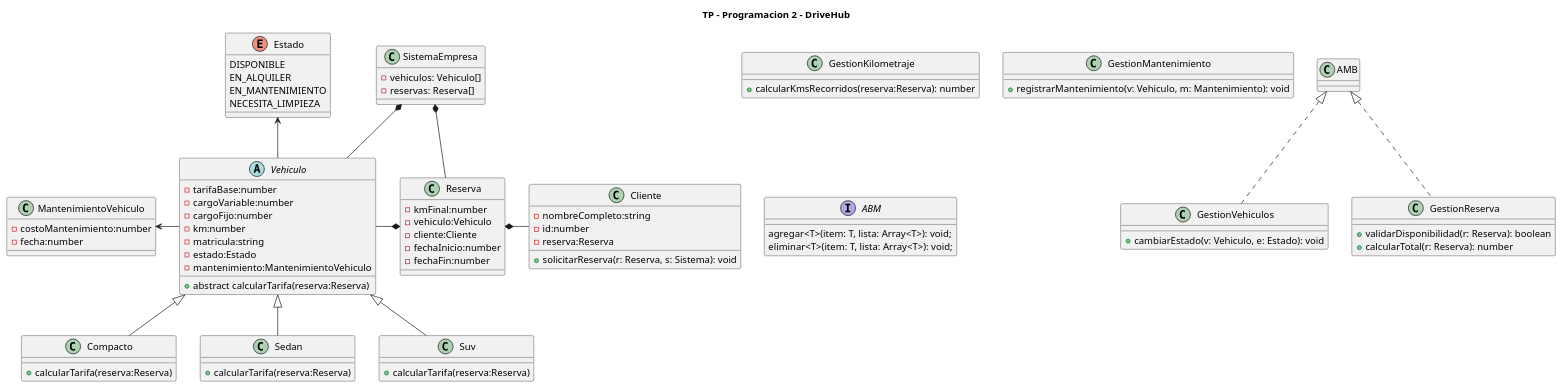
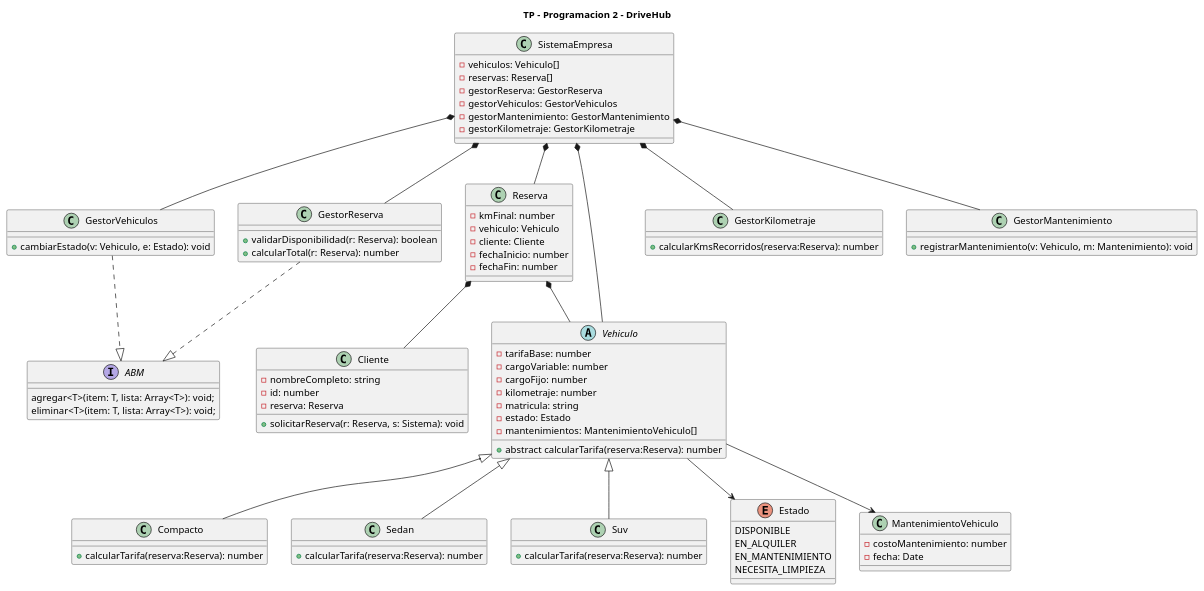
Before and after one commit to LauEroles/TP-Progra2-DriveHub: the diagram in Diagramas/diagramaClases-DriveHub.puml, drawn with PlantUML. The commit also changed 1 other file, not shown here.

Commit message:
refactor diagrama

```diff
--- a/Diagramas/diagramaClases-DriveHub.puml
+++ b/Diagramas/diagramaClases-DriveHub.puml
@@ -1,137 +1,143 @@
 @startuml DriveHub
 
 title TP - Programacion 2 - DriveHub
 
 
 class SistemaEmpresa {
     - vehiculos: Vehiculo[]
     - reservas: Reserva[]
+    - gestorReserva: GestorReserva
+    - gestorVehiculos: GestorVehiculos
+    - gestorMantenimiento: GestorMantenimiento
+    - gestorKilometraje: GestorKilometraje
 }
 
 class Reserva {
-    - kmFinal:number
-    - vehiculo:Vehiculo
-    - cliente:Cliente
-    - fechaInicio:number
-    - fechaFin:number
+    - kmFinal: number
+    - vehiculo: Vehiculo
+    - cliente: Cliente
+    - fechaInicio: number
+    - fechaFin: number
 }
 
 class Cliente {
-    - nombreCompleto:string
-    - id:number
+    - nombreCompleto: string
+    - id: number
     'El cliente puede instanciarse sin reserva por parametro, 
     'podemos setearla luego cuando se le asigna la reserva
-    - reserva:Reserva
+    - reserva: Reserva
     + solicitarReserva(r: Reserva, s: Sistema): void  
 
 }
 
 'Herencia Vehiculo a sus clases hijas
 abstract class Vehiculo {
-    - tarifaBase:number
+    - tarifaBase: number
     'Podria haber una clase cargo que nos permita manejar de manera
     'abstracta los cargos y luego en vehiculo tener una lista de cargos
     'que pueden ser variables o fijos y el dia de mañana 
     'para flexibilizar mas la solucion si se agregan nuevos vehiculos??
-    - cargoVariable:number
-    - cargoFijo:number
-    - km:number
-    - matricula:string
-    - estado:Estado
-    - mantenimiento:MantenimientoVehiculo
-    + abstract calcularTarifa(reserva:Reserva)
-
+    - cargoVariable: number
+    - cargoFijo: number
+    - kilometraje: number
+    - matricula: string
+    - estado: Estado
+    - mantenimientos: MantenimientoVehiculo[]
+    + abstract calcularTarifa(reserva:Reserva): number
 }
 
 class Compacto {
-    + calcularTarifa(reserva:Reserva)
-
+    + calcularTarifa(reserva:Reserva): number
 }
 
 class Sedan {
-    + calcularTarifa(reserva:Reserva)
+    + calcularTarifa(reserva:Reserva): number
 }
 
 class Suv {
-    + calcularTarifa(reserva:Reserva)
+    + calcularTarifa(reserva:Reserva): number
 }
 
 'Atributo de vehiculo
 enum Estado {
     DISPONIBLE
     EN_ALQUILER
     EN_MANTENIMIENTO
     NECESITA_LIMPIEZA
 }
 
 'Atributo del vehiculo
 class MantenimientoVehiculo {
-    - costoMantenimiento:number
+    - costoMantenimiento: number
     'usar libreria moment (refactor)
-    - fecha:number
+    - fecha: Date
 }
 
 
-class GestionVehiculos {
+class GestorVehiculos {
     + cambiarEstado(v: Vehiculo, e: Estado): void  
     ' Le cambia el Estado (enum) a un vehiculo (a traves de su setter)
 }
 
 
-class GestionReserva {
+class GestorReserva {
     + validarDisponibilidad(r: Reserva): boolean  
     ' Valida la disponibilidad del vehículo para las fechas solicitadas
     + calcularTotal(r: Reserva): number  
     ' Podriamos calcular el total usando calcularCostoVariable() del vehiculo y sumar la tarifa base 
     ' (y costo fijo) aca, para que el vehiculo solo calcule su costo variable y no el total de la reserva
 }
 
 
-
-class GestionKilometraje {
+class GestorKilometraje {
     + calcularKmsRecorridos(reserva:Reserva): number  
     ' Calcula los kms recorridos en una reserva (kmFinal - kmInicial)
     ' Esto lo sacaría tal vez y haría que Reserva tenga un método kmsRecorridos() que los calcule
     ' ya que ella misma posee kmInicial y kmFinal (seteado despues), y que calcularTotal() en GestionReserva llame a ese método
 }
 
 
-class GestionMantenimiento {
+class GestorMantenimiento {
     + registrarMantenimiento(v: Vehiculo, m: Mantenimiento): void  
     ' Si mas adelante nos solicita podemos ver si el auto requiere o no mantenimiento
     ' Le agrega un mantenimiento a un vehiculo
     ' Vehiculo podría tener un array de mantenimentos (tipo Mantenimiento) para tener registrados todos los que se le hacen
     ' Objeto mantenimento tiene fecha y costo (simil estructura de datos)
 }
 
 interface ABM {
     agregar<T>(item: T, lista: Array<T>): void;
     eliminar<T>(item: T, lista: Array<T>): void;
 }
 
 
 
 'Relaciones:
 
 'Herencia
 Vehiculo<|--Sedan
 Vehiculo<|--Suv
 Vehiculo<|--Compacto
 
 'Atributos de vehiculo
-Vehiculo-l->MantenimientoVehiculo
-Vehiculo-u->Estado
+Vehiculo --> MantenimientoVehiculo
+Vehiculo --> Estado
 
 'Composición
-Reserva*-r- Cliente
-Reserva*-l- Vehiculo
-SistemaEmpresa*-- Vehiculo
-SistemaEmpresa*-- Reserva
+Reserva *-- Cliente
+Reserva *-- Vehiculo
+SistemaEmpresa *-- Vehiculo
+SistemaEmpresa *-- Reserva
+
+SistemaEmpresa *-- GestorReserva
+SistemaEmpresa *-- GestorKilometraje
+SistemaEmpresa *-- GestorMantenimiento
+SistemaEmpresa *-- GestorVehiculos
 
 
 'Implementacion interfaces:
-AMB <|.. GestionReserva
-AMB <|.. GestionVehiculos
+ABM <|.u. GestorReserva
+ABM <|.u. GestorVehiculos
 
 
 @enduml
```
